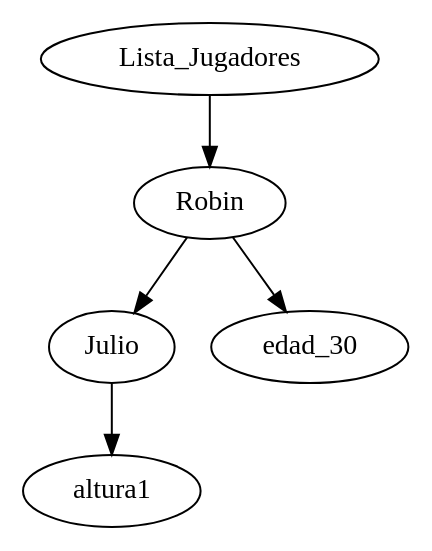
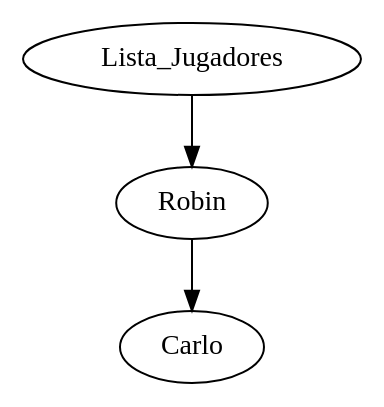
One commit to 201114387/Practica1s12015_201114387 changed the diagram in Jugadores.dot. Above: the diagram before and after it, drawn with Graphviz. The commit also changed 9 other files, not shown here.

```diff
--- a/Jugadores.dot
+++ b/Jugadores.dot
@@ -1,6 +1,4 @@
 digraph G{
 Lista_Jugadores->Robin
-Robin->Julio
-Robin->edad_30
-Julio->altura1
+Robin->Carlo
 }
```
